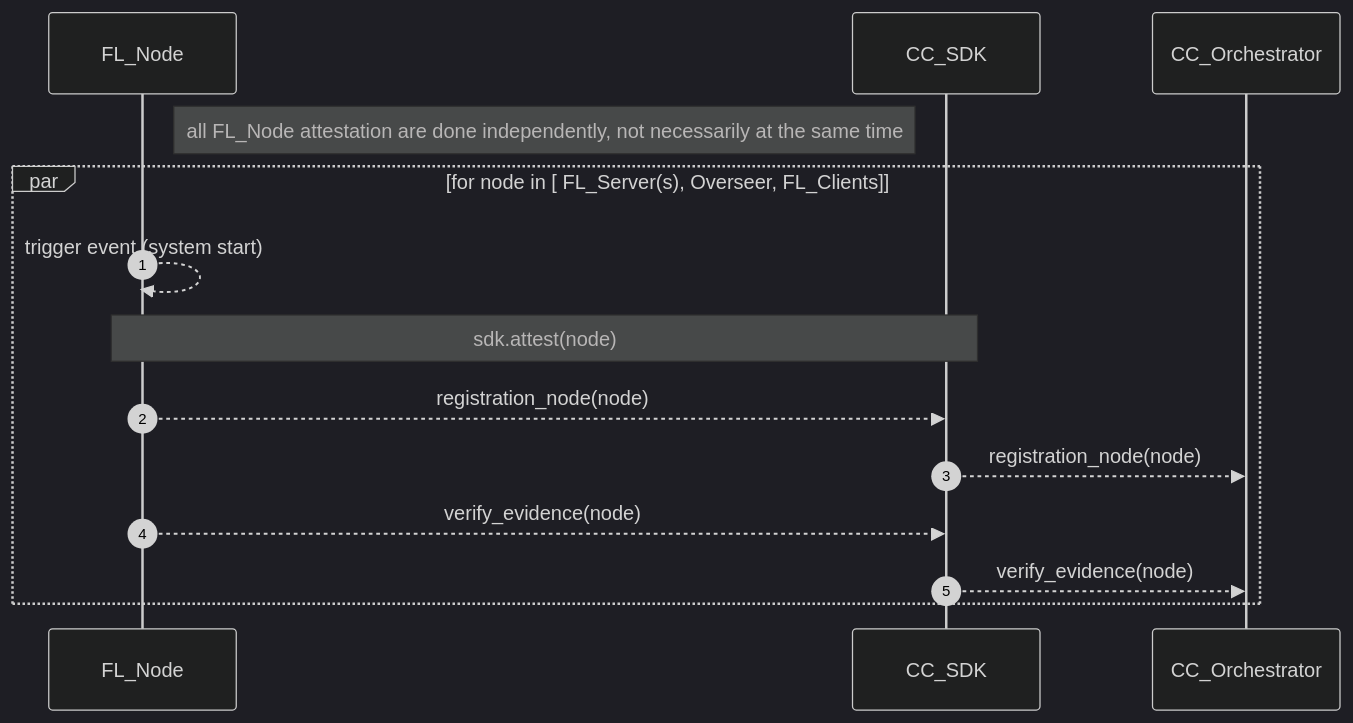
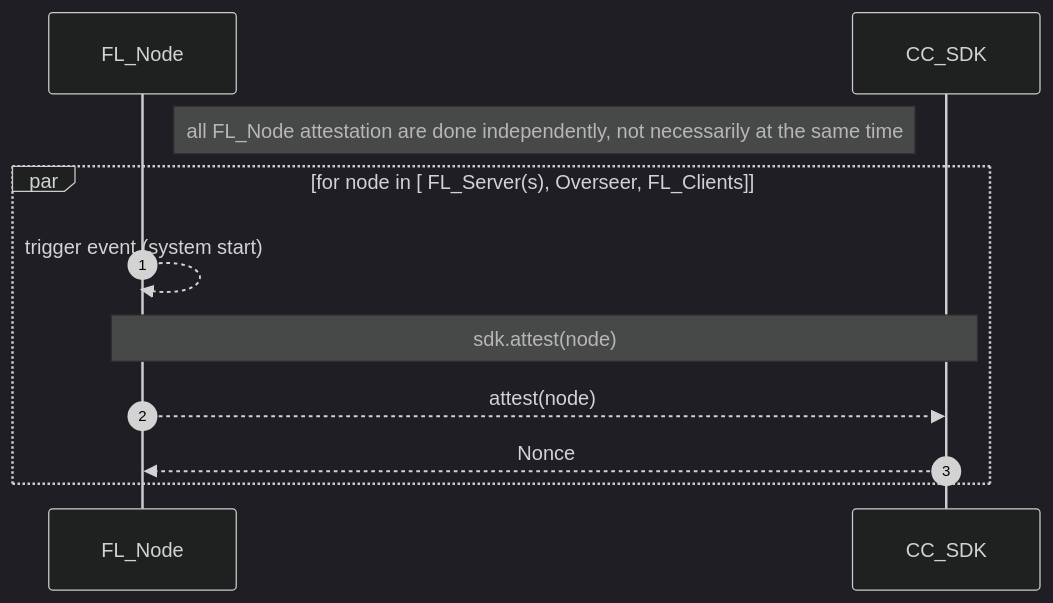
Before and after one commit to hitesh-ag1/NVFlare: the eighth of 14 diagrams in docs/confidential_computing/detailed_cc_sequence_diagram.md, drawn with Mermaid (dark theme). The commit also changed other lines of this file, not shown here.

Commit message:
Sequence diagram for CC

````diff
--- a/docs/confidential_computing/detailed_cc_sequence_diagram.md
+++ b/docs/confidential_computing/detailed_cc_sequence_diagram.md
@@ -170,17 +185,15 @@
 ```mermaid
 sequenceDiagram
    autonumber
     participant FL_Node
     participant CC_SDK
-    participant CC_Orchestrator
+
     note right of FL_Node : all FL_Node attestation are done independently, not necessarily at the same time
     par for node in [ FL_Server(s), Overseer, FL_Clients]
         FL_Node -->> FL_Node: trigger event (system start)
         note over FL_Node, CC_SDK: sdk.attest(node) 
-        FL_Node -->> CC_SDK: registration_node(node)
-        CC_SDK -->> CC_Orchestrator: registration_node(node)
-        FL_Node -->> CC_SDK: verify_evidence(node)
-        CC_SDK -->> CC_Orchestrator: verify_evidence(node)
+        FL_Node -->> CC_SDK: attest(node)
+        CC_SDK -->> FL_Node: Nonce
     end     
     
 ```
````
